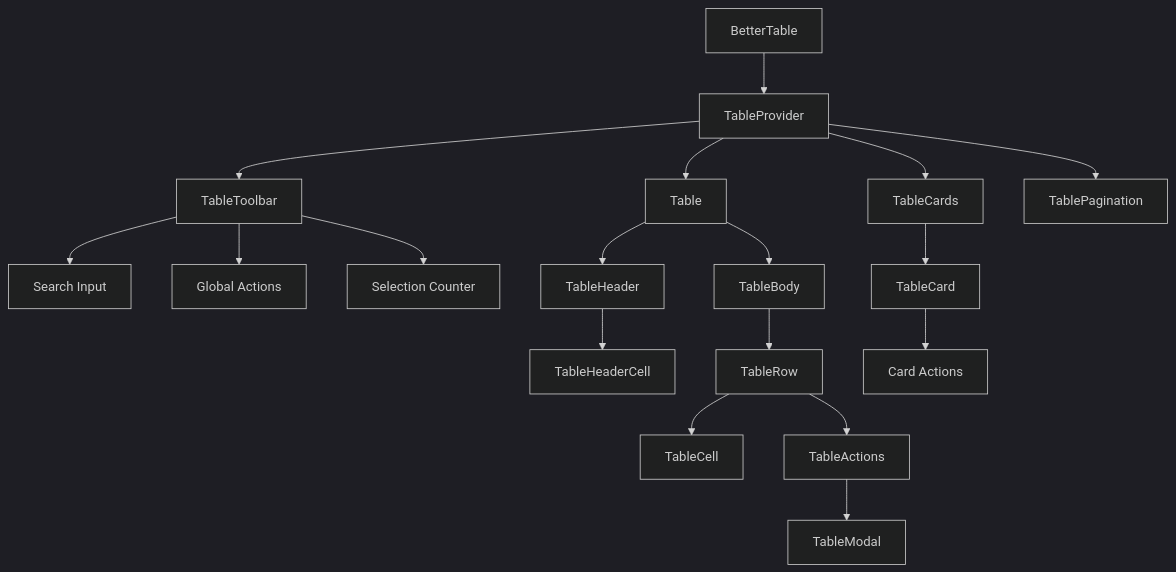
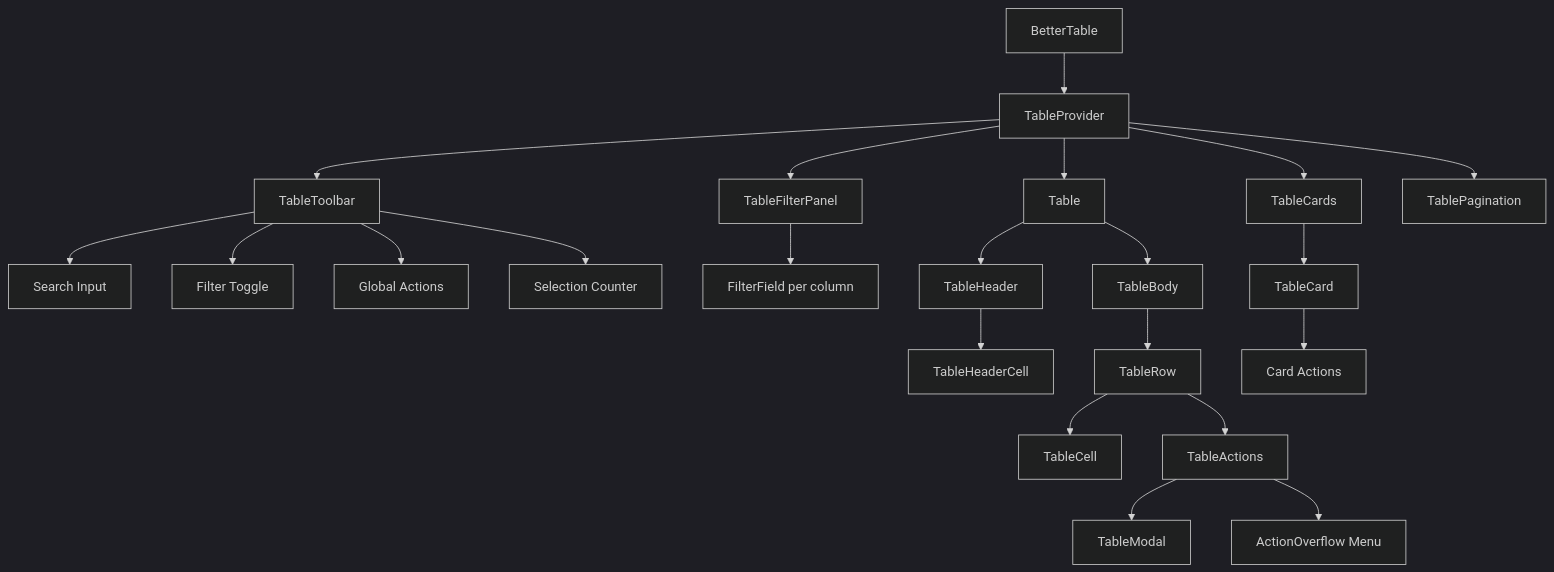
Before and after one commit to jrodrigopuca/BetterTable: the second of 3 diagrams in better-table/docs/architecture.md, drawn with Mermaid (dark theme). The commit also changed other lines of this file and 13 other files, not shown here.

````diff
--- a/better-table/docs/architecture.md
+++ b/better-table/docs/architecture.md
@@ -105,25 +105,30 @@
 ```mermaid
 graph TD
     A[BetterTable] --> B[TableProvider]
     B --> C[TableToolbar]
+    B --> C2[TableFilterPanel]
     B --> D[Table]
     B --> E[TableCards]
     B --> F[TablePagination]
 
     C --> C1[Search Input]
-    C --> C2[Global Actions]
+    C --> C1b[Filter Toggle]
+    C --> C2a[Global Actions]
     C --> C3[Selection Counter]
+
+    C2 --> C2b[FilterField per column]
 
     D --> D1[TableHeader]
     D --> D2[TableBody]
 
     D1 --> D1a[TableHeaderCell]
     D2 --> D2a[TableRow]
     D2a --> D2b[TableCell]
     D2a --> D2c[TableActions]
 
     E --> E1[TableCard]
     E1 --> E1a[Card Actions]
 
     D2c --> G[TableModal]
+    D2c --> H[ActionOverflow Menu]
 ```
````
